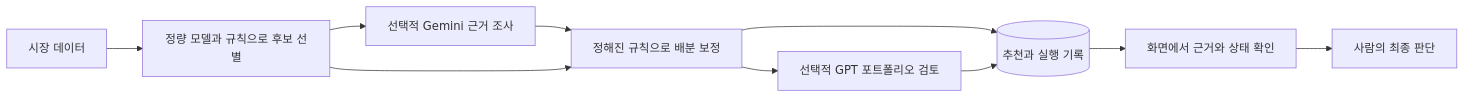
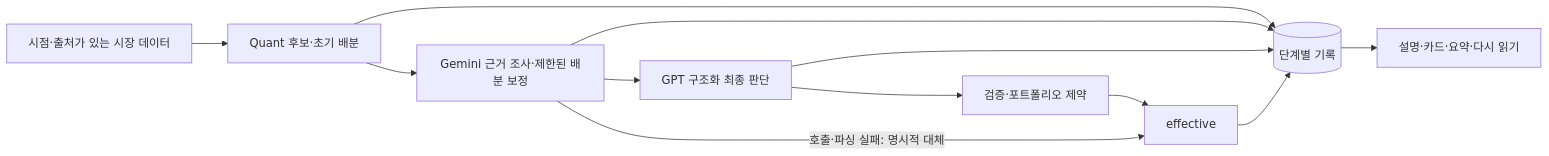
One commit to petruslihm/ai-investment-research changed the diagram in README.md. Above: the diagram before and after it, drawn with Mermaid. The commit also changed other lines of this file and 7 other files, not shown here.

````diff
--- a/README.md
+++ b/README.md
@@ -28,12 +32,14 @@
 ```mermaid
 flowchart LR
-    D[시장 데이터] --> Q[정량 모델과 규칙으로 후보 선별]
-    Q --> R[선택적 Gemini 근거 조사]
-    R --> A[정해진 규칙으로 배분 보정]
-    Q --> A
-    A --> G[선택적 GPT 포트폴리오 검토]
-    A --> S[(추천과 실행 기록)]
+    D[시점·출처가 있는 시장 데이터] --> Q[Quant 후보·초기 배분]
+    Q --> R[Gemini 근거 조사·제한된 배분 보정]
+    R --> G[GPT 구조화 최종 판단]
+    G --> V[검증·포트폴리오 제약]
+    V --> E[effective]
+    R -->|호출·파싱 실패: 명시적 대체| E
+    Q --> S[(단계별 기록)]
+    R --> S
     G --> S
-    S --> U[화면에서 근거와 상태 확인]
-    U --> H[사람의 최종 판단]
+    E --> S
+    S --> U[설명·카드·요약·다시 읽기]
 ```
````
